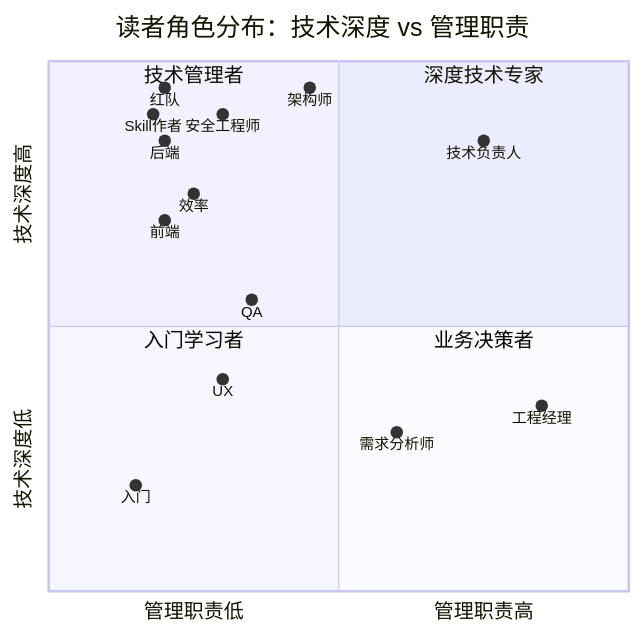
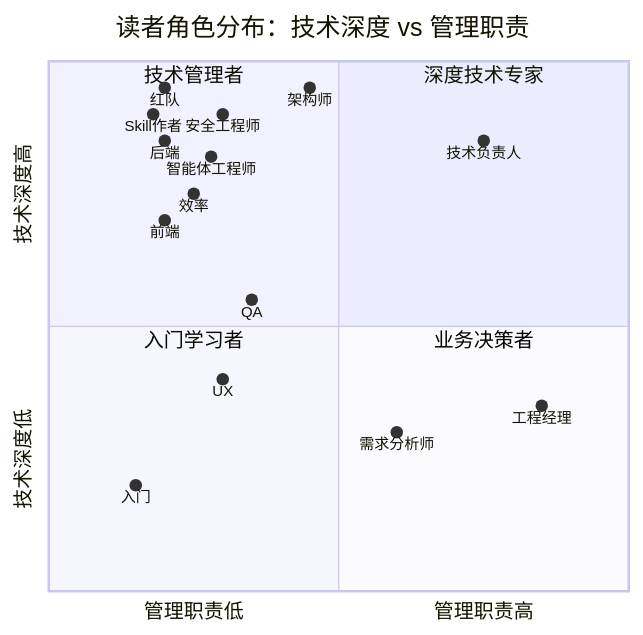
The second of 6 diagrams in src/00-guide/README.md (tonydeng/harness-engineering-from-oc-to-ai-coding), drawn with Mermaid before and after one commit. The commit also changed other lines of this file and 331 other files, not shown here.

````diff
--- a/src/00-guide/README.md
+++ b/src/00-guide/README.md
@@ -77,23 +79,24 @@
 ```mermaid
 quadrantChart
     title 读者角色分布：技术深度 vs 管理职责
     x-axis "管理职责低" --> "管理职责高"
     y-axis "技术深度低" --> "技术深度高"
     quadrant-1 "深度技术专家"
     quadrant-2 "技术管理者"
     quadrant-3 "入门学习者"
     quadrant-4 "业务决策者"
     "入门": [0.15, 0.20]
+    "智能体工程师": [0.28, 0.82]
     "效率": [0.25, 0.75]
     "技术负责人": [0.75, 0.85]
     "Skill作者": [0.18, 0.90]
     "工程经理": [0.85, 0.35]
     "需求分析师": [0.60, 0.30]
     "架构师": [0.45, 0.95]
     "后端": [0.20, 0.85]
     "前端": [0.20, 0.70]
     "UX": [0.30, 0.40]
     "QA": [0.35, 0.55]
     "安全工程师": [0.30, 0.90]
     "红队": [0.20, 0.95]
 ```
````
